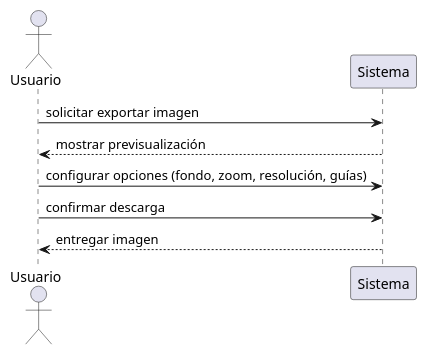
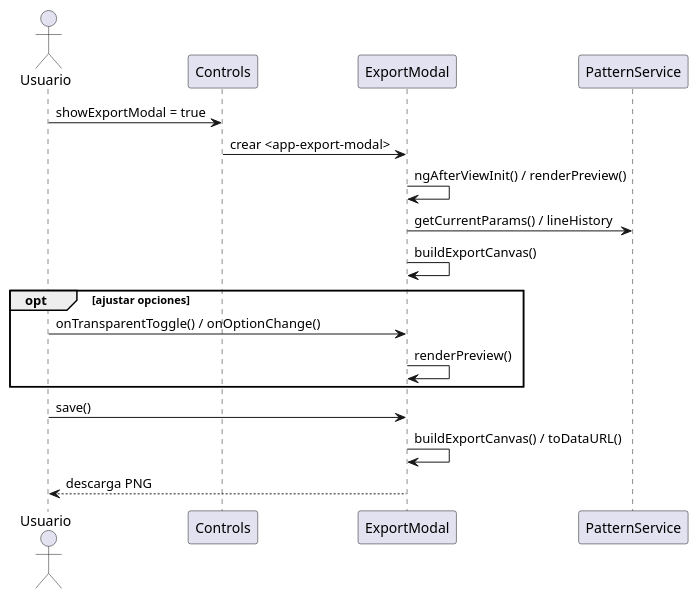
The tenth of 15 diagrams in claude/memoria-cap4-analisis.md (IgnacioMol/Epicycloid_generator), drawn with PlantUML before and after one commit. The commit also changed other lines of this file and 1 other file, not shown here.

````diff
--- a/claude/memoria-cap4-analisis.md
+++ b/claude/memoria-cap4-analisis.md
@@ -567,12 +723,21 @@
 ```plantuml
 @startuml SecExportarImagen
 actor Usuario
-participant "Sistema" as S
+participant "Controls" as C
+participant "ExportModal" as EM
+participant "PatternService" as PS
 
-Usuario -> S : solicitar exportar imagen
-S --> Usuario : mostrar previsualización
-Usuario -> S : configurar opciones (fondo, zoom, resolución, guías)
-Usuario -> S : confirmar descarga
-S --> Usuario : entregar imagen
+Usuario -> C : showExportModal = true
+C -> EM : crear <app-export-modal>
+EM -> EM : ngAfterViewInit() / renderPreview()
+EM -> PS : getCurrentParams() / lineHistory
+EM -> EM : buildExportCanvas()
+opt ajustar opciones
+  Usuario -> EM : onTransparentToggle() / onOptionChange()
+  EM -> EM : renderPreview()
+end
+Usuario -> EM : save()
+EM -> EM : buildExportCanvas() / toDataURL()
+EM --> Usuario : descarga PNG
 @enduml
 ```
````
